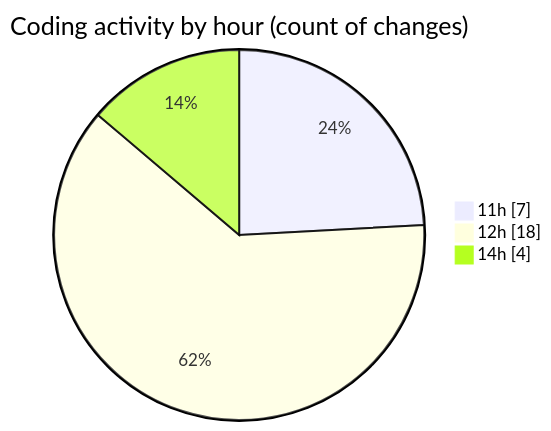
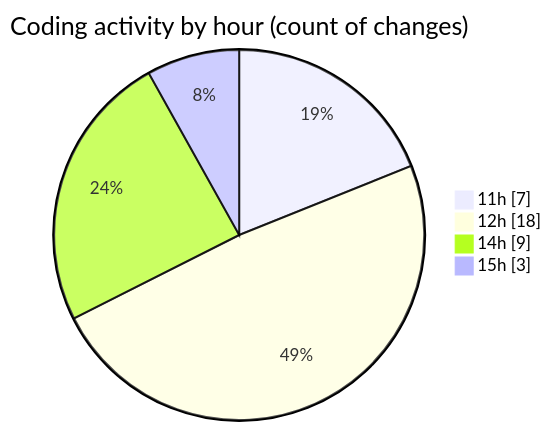
One commit to nxtqubesakshisongat/code-tracking changed the second of 2 diagrams in 2025-09-25/nxtqube_webapp/README.md. Above: the diagram before and after it, drawn with Mermaid. The commit also changed other lines of this file and 1 other file, not shown here.

````diff
--- a/2025-09-25/nxtqube_webapp/README.md
+++ b/2025-09-25/nxtqube_webapp/README.md
@@ -29,7 +29,8 @@
 ```mermaid
 pie showData
 title Coding activity by hour (count of changes)
 "11h" : 7
 "12h" : 18
-"14h" : 4
+"14h" : 9
+"15h" : 3
 ```
````
